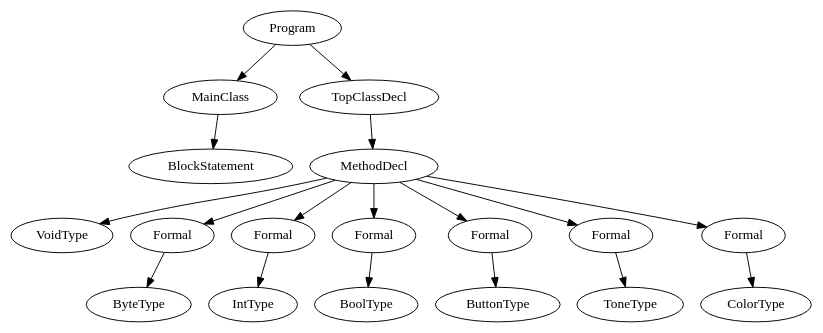
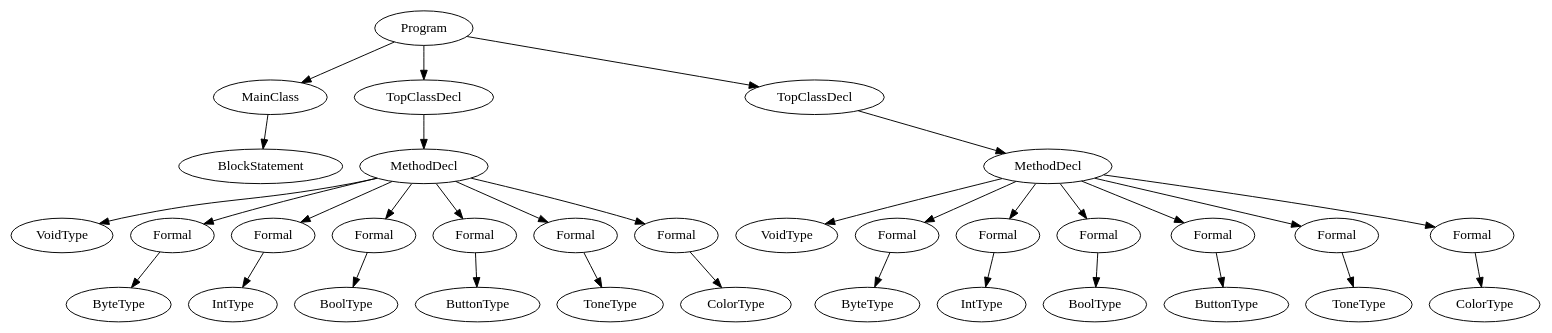
Before and after one commit to Ajith20/MeggyJava-compiler: the diagram in PA4/PA4Example1.java.ast.dot, drawn with Graphviz. The commit also changed 41 other files, not shown here.

```diff
--- a/PA4/PA4Example1.java.ast.dot
+++ b/PA4/PA4Example1.java.ast.dot
@@ -1,37 +1,67 @@
 digraph ASTGraph {
 0 [ label="Program" ];
 1 [ label="MainClass" ];
 0 -> 1
 2 [ label="BlockStatement" ];
 1 -> 2
 3 [ label="TopClassDecl" ];
 0 -> 3
 4 [ label="MethodDecl" ];
 3 -> 4
 5 [ label="VoidType" ];
 4 -> 5
 6 [ label="Formal" ];
 4 -> 6
 7 [ label="ByteType" ];
 6 -> 7
 8 [ label="Formal" ];
 4 -> 8
 9 [ label="IntType" ];
 8 -> 9
 10 [ label="Formal" ];
 4 -> 10
 11 [ label="BoolType" ];
 10 -> 11
 12 [ label="Formal" ];
 4 -> 12
 13 [ label="ButtonType" ];
 12 -> 13
 14 [ label="Formal" ];
 4 -> 14
 15 [ label="ToneType" ];
 14 -> 15
 16 [ label="Formal" ];
 4 -> 16
 17 [ label="ColorType" ];
 16 -> 17
+18 [ label="TopClassDecl" ];
+0 -> 18
+19 [ label="MethodDecl" ];
+18 -> 19
+20 [ label="VoidType" ];
+19 -> 20
+21 [ label="Formal" ];
+19 -> 21
+22 [ label="ByteType" ];
+21 -> 22
+23 [ label="Formal" ];
+19 -> 23
+24 [ label="IntType" ];
+23 -> 24
+25 [ label="Formal" ];
+19 -> 25
+26 [ label="BoolType" ];
+25 -> 26
+27 [ label="Formal" ];
+19 -> 27
+28 [ label="ButtonType" ];
+27 -> 28
+29 [ label="Formal" ];
+19 -> 29
+30 [ label="ToneType" ];
+29 -> 30
+31 [ label="Formal" ];
+19 -> 31
+32 [ label="ColorType" ];
+31 -> 32
 }
```
